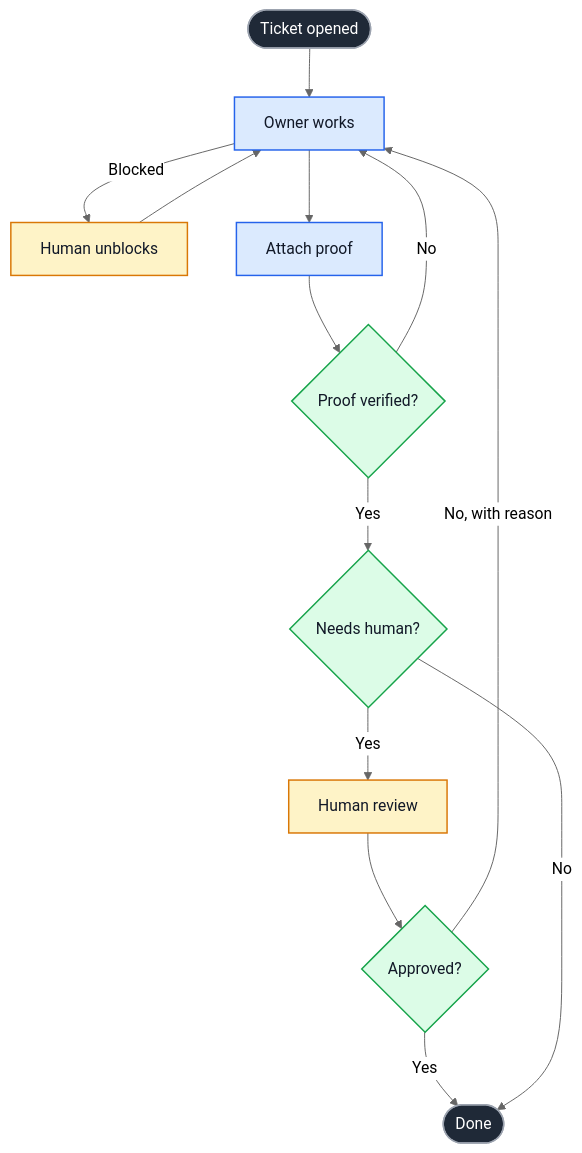
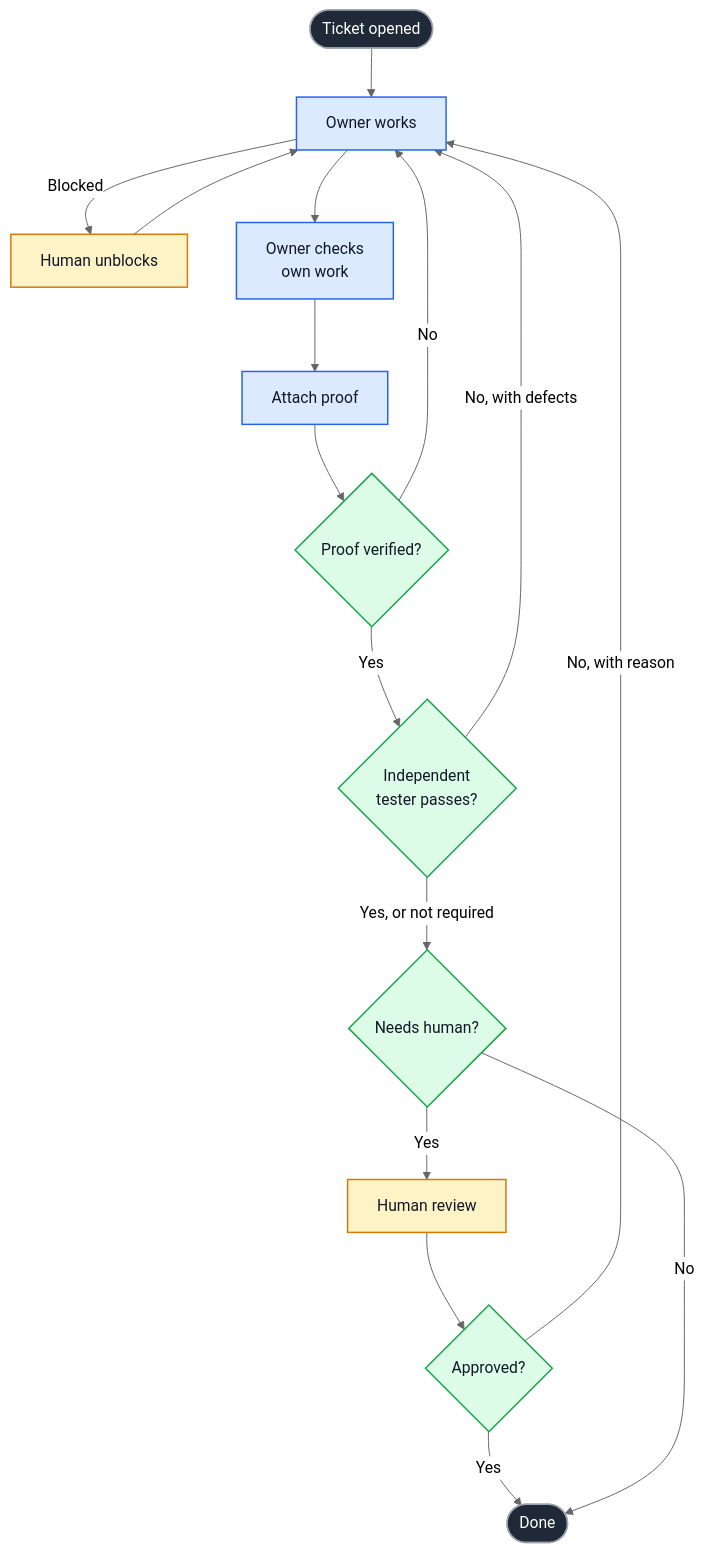
Before and after one commit to Selkomark/multi-agent-playground: the diagram in experiments/02-h2h/docs/governance.md, drawn with Mermaid (neutral theme). The commit also changed other lines of this file and 5 other files, not shown here.

Commit message:
Add self-check and independent test rule to H2H governance

````diff
--- a/experiments/02-h2h/docs/governance.md
+++ b/experiments/02-h2h/docs/governance.md
@@ -18,24 +18,27 @@
 ```mermaid
 flowchart TD
     OPEN(["Ticket opened"]) --> WORK["Owner works"]
     WORK -->|Blocked| HELP["Human unblocks"]
     HELP --> WORK
-    WORK --> PROOF["Attach proof"]
+    WORK --> SELF["Owner checks<br/>own work"]
+    SELF --> PROOF["Attach proof"]
     PROOF --> VERIFY{"Proof verified?"}
     VERIFY -->|No| WORK
-    VERIFY -->|Yes| RISK{"Needs human?"}
+    VERIFY -->|Yes| TEST{"Independent<br/>tester passes?"}
+    TEST -->|No, with defects| WORK
+    TEST -->|Yes, or not required| RISK{"Needs human?"}
     RISK -->|Yes| REVIEW["Human review"]
     REVIEW --> DECIDE{"Approved?"}
     DECIDE -->|No, with reason| WORK
     DECIDE -->|Yes| DONE(["Done"])
     RISK -->|No| DONE
 
     classDef entry fill:#1f2937,stroke:#9ca3af,stroke-width:1.5px,color:#ffffff
     classDef harness fill:#dbeafe,stroke:#2563eb,stroke-width:1.5px,color:#111827
     classDef check fill:#dcfce7,stroke:#16a34a,stroke-width:1.5px,color:#111827
     classDef human fill:#fef3c7,stroke:#d97706,stroke-width:1.5px,color:#111827
     class OPEN,DONE entry
-    class WORK,PROOF harness
-    class VERIFY,RISK,DECIDE check
+    class WORK,SELF,PROOF harness
+    class VERIFY,TEST,RISK,DECIDE check
     class HELP,REVIEW human
 ```
````
